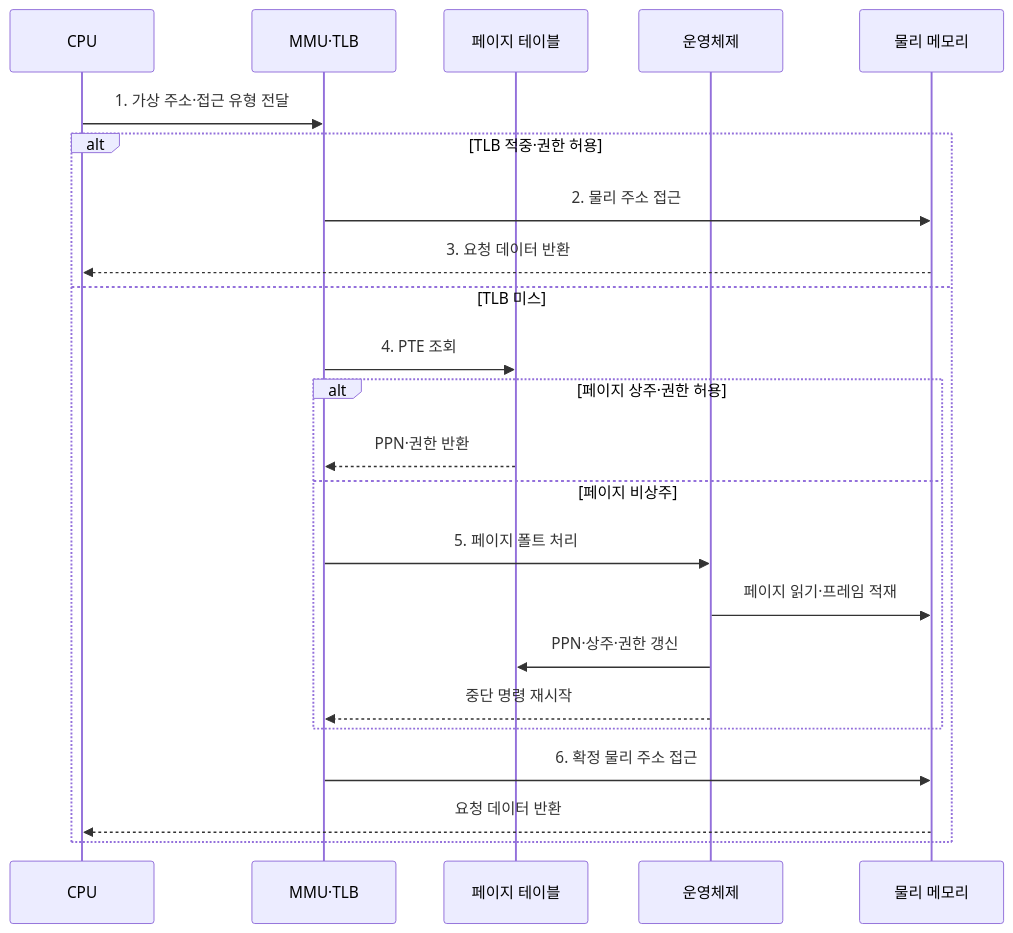
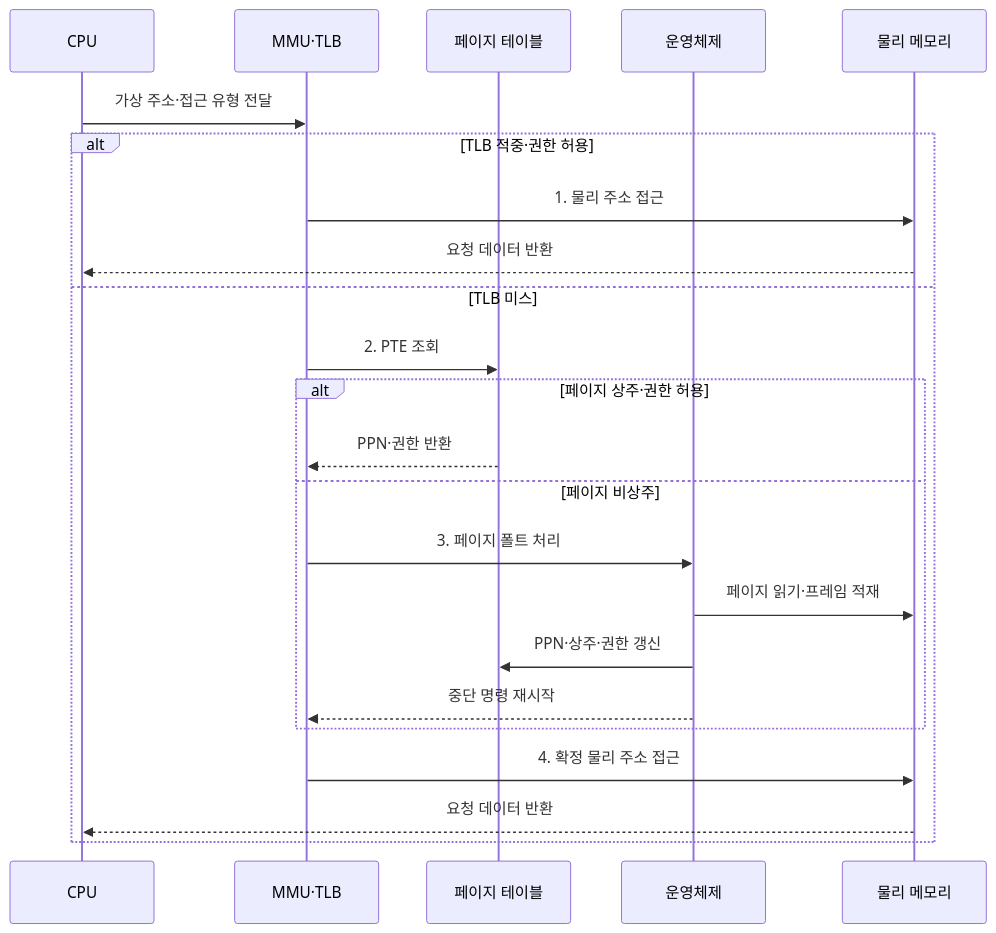
Before and after one commit to agnusdei1207/knowledge-base: the second of 2 diagrams in src/content/docs/notes/02-hardware/017_virtual_memory_paging_segmentation.md, drawn with Mermaid. The commit also changed other lines of this file and 19 other files, not shown here.

````diff
--- a/src/content/docs/notes/02-hardware/017_virtual_memory_paging_segmentation.md
+++ b/src/content/docs/notes/02-hardware/017_virtual_memory_paging_segmentation.md
@@ -92,25 +92,25 @@
 ```mermaid
 sequenceDiagram
     participant C as CPU
     participant M as MMU·TLB
     participant P as 페이지 테이블
     participant O as 운영체제
     participant R as 물리 메모리
-    C->>M: 1. 가상 주소·접근 유형 전달
+    C->>M: 가상 주소·접근 유형 전달
     alt TLB 적중·권한 허용
-        M->>R: 2. 물리 주소 접근
-        R-->>C: 3. 요청 데이터 반환
+        M->>R: 1. 물리 주소 접근
+        R-->>C: 요청 데이터 반환
     else TLB 미스
-        M->>P: 4. PTE 조회
+        M->>P: 2. PTE 조회
         alt 페이지 상주·권한 허용
             P-->>M: PPN·권한 반환
         else 페이지 비상주
-            M->>O: 5. 페이지 폴트 처리
+            M->>O: 3. 페이지 폴트 처리
             O->>R: 페이지 읽기·프레임 적재
             O->>P: PPN·상주·권한 갱신
             O-->>M: 중단 명령 재시작
         end
-        M->>R: 6. 확정 물리 주소 접근
+        M->>R: 4. 확정 물리 주소 접근
         R-->>C: 요청 데이터 반환
     end
 ```
````
